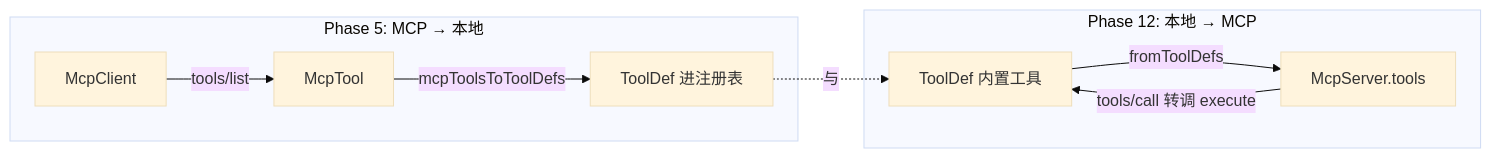
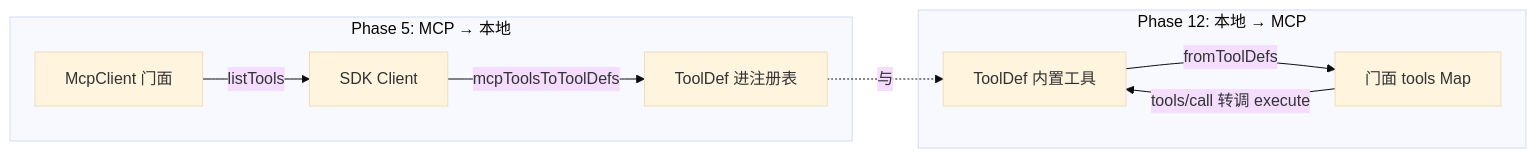
The second of 4 diagrams in docs/phase12.md (wpy2580536181-stack/easyCLI), drawn with Mermaid (base theme) before and after one commit. The commit also changed other lines of this file and 16 other files, not shown here.

First line of the commit message:
refactor(mcp): 手写 MCP 实现迁移到官方 @modelcontextprotocol/sdk

````diff
--- a/docs/phase12.md
+++ b/docs/phase12.md
@@ -58,12 +58,12 @@
 ```mermaid
 flowchart LR
   subgraph 客户端视角[Phase 5: MCP → 本地]
-    A1[McpClient] -->|tools/list| A2[McpTool]
+    A1[McpClient 门面] -->|listTools| A2[SDK Client]
     A2 -->|mcpToolsToToolDefs| A3[ToolDef 进注册表]
   end
   subgraph 服务端视角[Phase 12: 本地 → MCP]
-    B1[ToolDef 内置工具] -->|fromToolDefs| B2[McpServer.tools]
+    B1[ToolDef 内置工具] -->|fromToolDefs| B2[门面 tools Map]
     B2 -->|tools/call 转调 execute| B1
   end
   A3 -.与.-> B1
 ```
````
